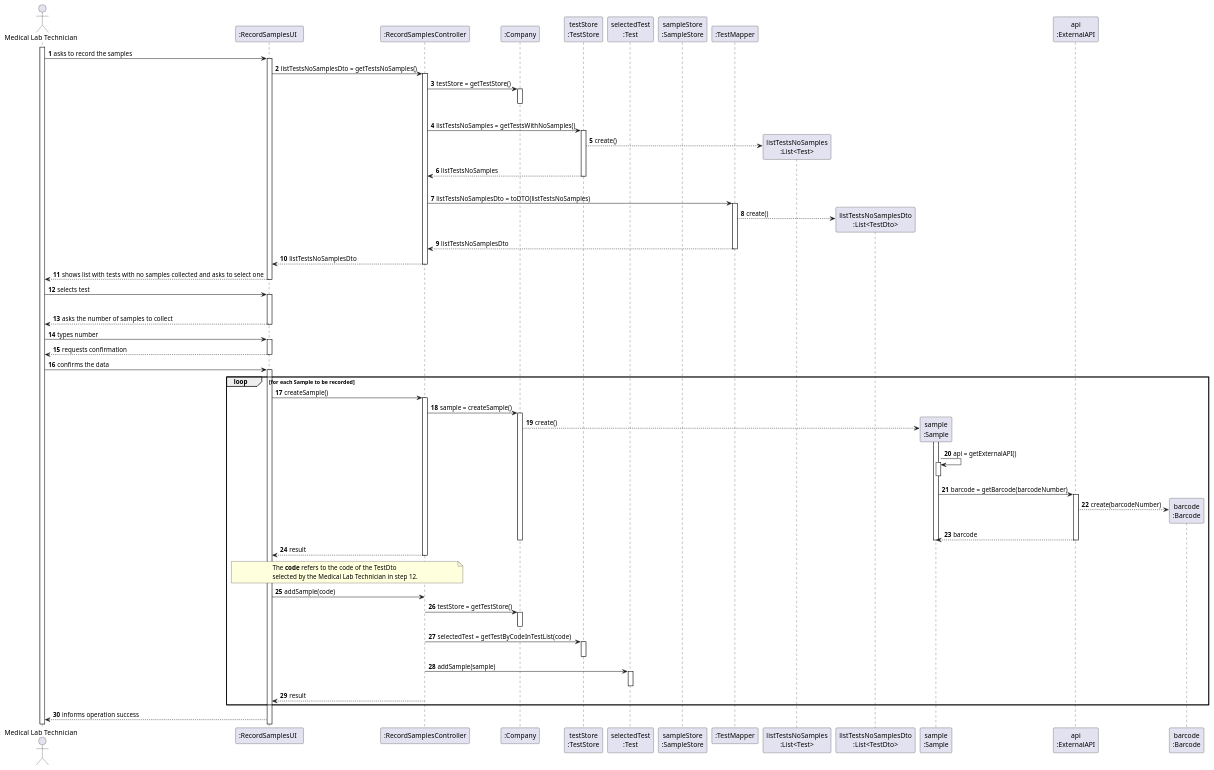
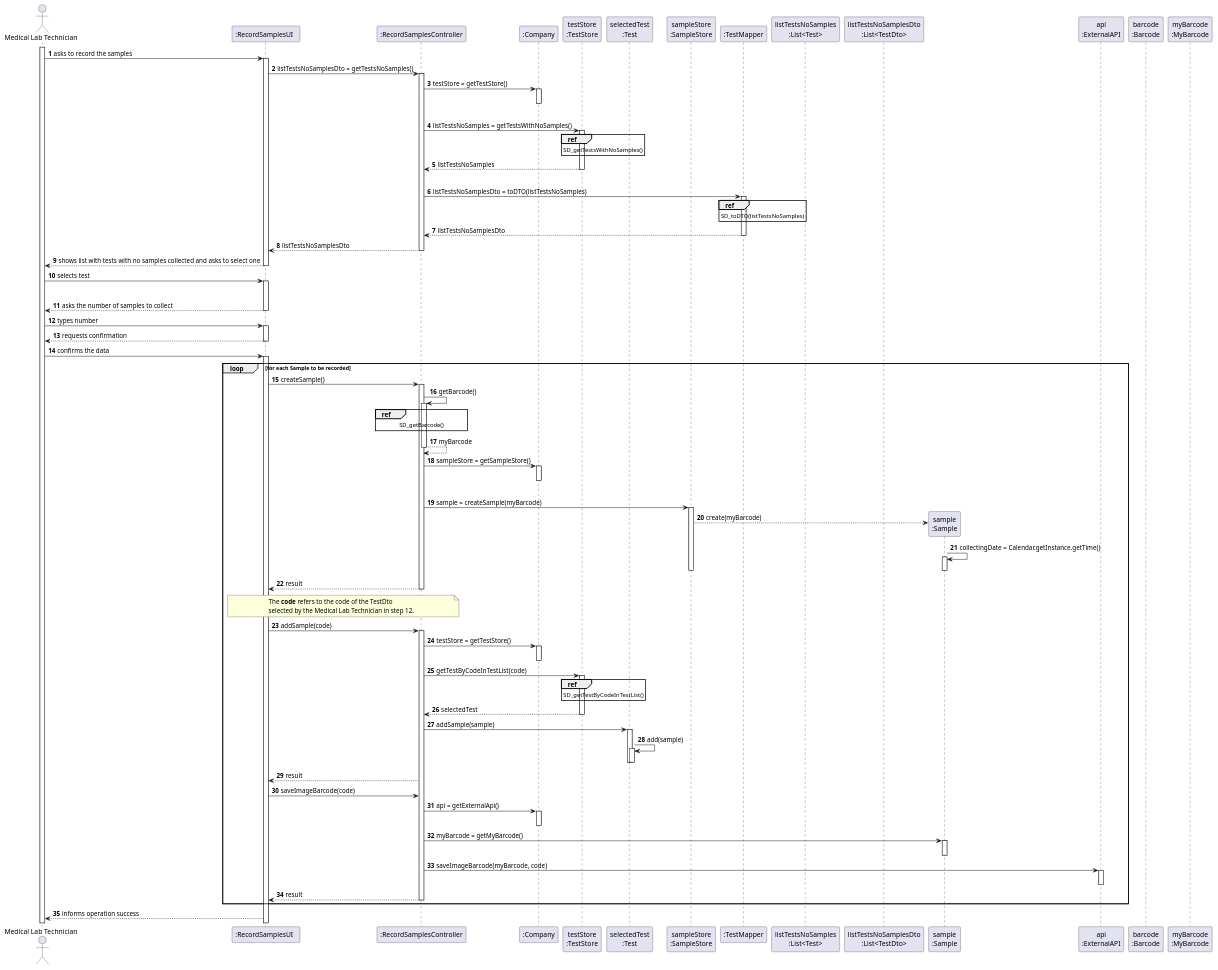
The diagram in docs/SprintC/US_5/US5_SD.puml (ana-albergaria/LAPR2-ISEP), drawn with PlantUML before and after one commit. The commit also changed 7 other files, not shown here.

Commit message:
US5 Correcting SD Diagram and doing partial SD Diagram - getBarcode()

```diff
--- a/docs/SprintC/US_5/US5_SD.puml
+++ b/docs/SprintC/US_5/US5_SD.puml
@@ -16,6 +16,7 @@
 participant "sample\n:Sample" as SAMPLE
 participant "api\n:ExternalAPI" as API
 participant "barcode\n:Barcode" as BARCODE
+participant "myBarcode\n:MyBarcode" as MY_BARCODE
 
 activate MLT
 MLT -> UI : asks to record the samples
@@ -32,7 +33,9 @@
 CTRL -> TEST_STORE : listTestsNoSamples = getTestsWithNoSamples()
 activate TEST_STORE
 
-TEST_STORE --> LIST_TESTS_NO_SAMPLES** : create()
+ref over TEST_STORE
+SD_getTestsWithNoSamples()
+end
 
 TEST_STORE --> CTRL : listTestsNoSamples
 deactivate TEST_STORE
@@ -41,7 +44,9 @@
 CTRL -> TEST_MAPPER : listTestsNoSamplesDto = toDTO(listTestsNoSamples)
 activate TEST_MAPPER
 
-TEST_MAPPER --> LIST_TESTS_NO_SAMPLES_DTO** : create()
+ref over TEST_MAPPER
+SD_toDTO(listTestsNoSamples)
+end
 
 TEST_MAPPER --> CTRL : listTestsNoSamplesDto
 deactivate TEST_MAPPER
@@ -98,28 +103,47 @@
 UI -> CTRL : createSample()
 activate CTRL
 
-CTRL -> COMPANY : sample = createSample()
+CTRL -> CTRL : getBarcode()
+activate CTRL
+ref over CTRL
+SD_getBarcode()
+end
+CTRL --> CTRL : myBarcode
+deactivate CTRL
+
+CTRL -> COMPANY : sampleStore = getSampleStore()
 activate COMPANY
-
-COMPANY --> SAMPLE** : create()
+|||
+deactivate COMPANY
 
 
+CTRL -> SAMPLE_STORE : sample = createSample(myBarcode)
+activate SAMPLE_STORE
+
+SAMPLE_STORE --> SAMPLE** : create(myBarcode)
+
+SAMPLE -> SAMPLE : collectingDate = Calendar.getInstance.getTime()
 activate SAMPLE
+deactivate SAMPLE
 
+deactivate SAMPLE_STORE
 
+/'
 SAMPLE -> SAMPLE : api = getExternalAPI()
 activate SAMPLE
 deactivate SAMPLE
+'/
 
 
-
+/'
 SAMPLE -> API : barcode = getBarcode(barcodeNumber)
 activate API
-
+'/
+/'
 API --> BARCODE** : create(barcodeNumber)
 
-API --> SAMPLE : barcode
-deactivate SAMPLE
+API --> SAMPLE : barcode'/
+/'deactivate SAMPLE'/
 deactivate COMPANY
 deactivate API
 
@@ -163,6 +187,7 @@
 selected by the Medical Lab Technician in step 12.
 end note
 UI -> CTRL : addSample(code)
+activate CTRL
 
 
 
@@ -171,16 +196,41 @@
 activate COMPANY
 deactivate COMPANY
 
-CTRL -> TEST_STORE : selectedTest = getTestByCodeInTestList(code)
+CTRL -> TEST_STORE : getTestByCodeInTestList(code)
 activate TEST_STORE
+ref over TEST_STORE
+SD_getTestByCodeInTestList()
+end
+TEST_STORE --> CTRL : selectedTest
 deactivate TEST_STORE
 
 CTRL -> SELECTED_TEST : addSample(sample)
 activate SELECTED_TEST
+
+SELECTED_TEST -> SELECTED_TEST : add(sample)
+activate SELECTED_TEST
+deactivate SELECTED_TEST
+
 deactivate SELECTED_TEST
 
 
 /'dentro do método addSample, vai-se verificar se a sample já está lá?'/
+
+CTRL --> UI : result
+
+UI -> CTRL : saveImageBarcode(code)
+
+CTRL -> COMPANY : api = getExternalApi()
+activate COMPANY
+deactivate COMPANY
+
+CTRL -> SAMPLE : myBarcode = getMyBarcode()
+activate SAMPLE
+deactivate SAMPLE
+
+CTRL -> API : saveImageBarcode(myBarcode, code)
+activate API
+deactivate API
 
 CTRL --> UI : result
 
```
